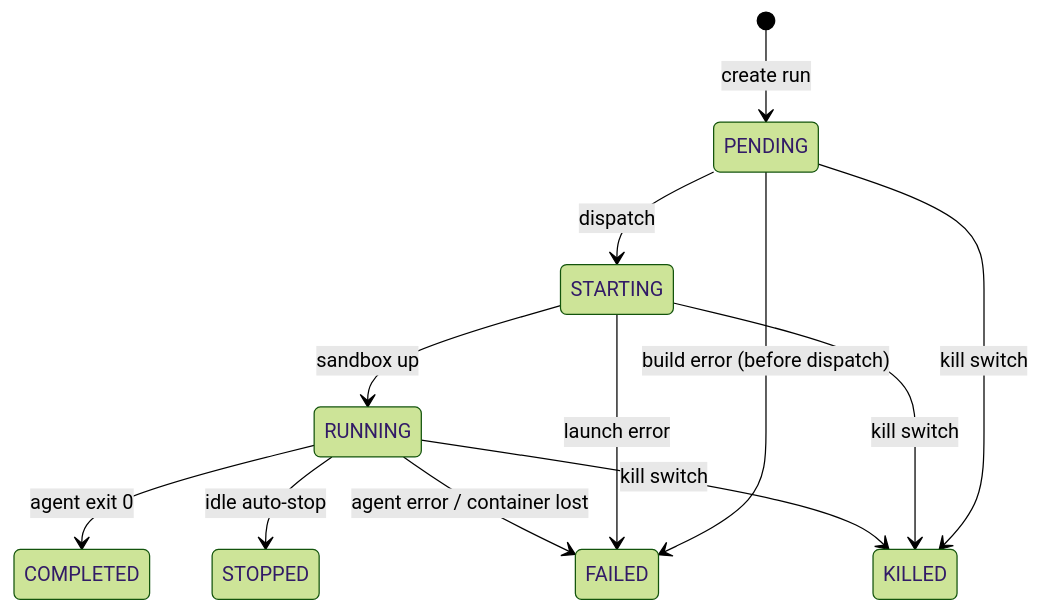
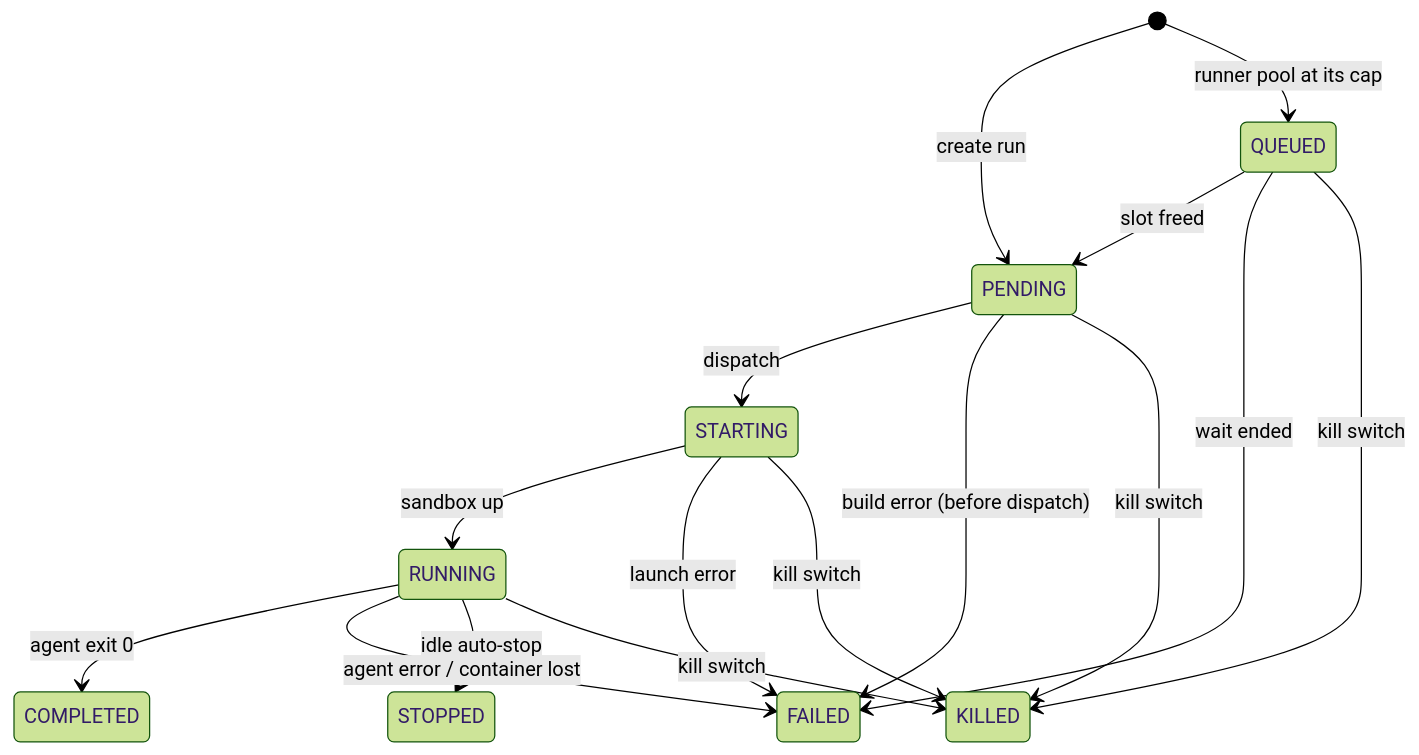
Before and after one commit to cjohnstoniv/wardyn: the second of 3 diagrams in ARCHITECTURE.md, drawn with Mermaid (forest theme). The commit also changed other lines of this file and 4 other files, not shown here.

First line of the commit message:
docs(architecture): restate CSP, egress invariant, QUEUED state and CLI pointer; rekey the resident-secret guard (#2231 #2232 #2233 #2234 #2235 #2236)

````diff
--- a/ARCHITECTURE.md
+++ b/ARCHITECTURE.md
@@ -196,14 +197,18 @@
 ```mermaid
 stateDiagram-v2
   [*] --> PENDING: create run
+  [*] --> QUEUED: runner pool at its cap
+  QUEUED --> PENDING: slot freed
+  QUEUED --> FAILED: wait ended
+  QUEUED --> KILLED: kill switch
   PENDING --> STARTING: dispatch
   PENDING --> FAILED: build error (before dispatch)
   STARTING --> RUNNING: sandbox up
   STARTING --> FAILED: launch error
   RUNNING --> COMPLETED: agent exit 0
   RUNNING --> FAILED: agent error / container lost
   RUNNING --> STOPPED: idle auto-stop
   PENDING --> KILLED: kill switch
   STARTING --> KILLED: kill switch
   RUNNING --> KILLED: kill switch
 ```
````
